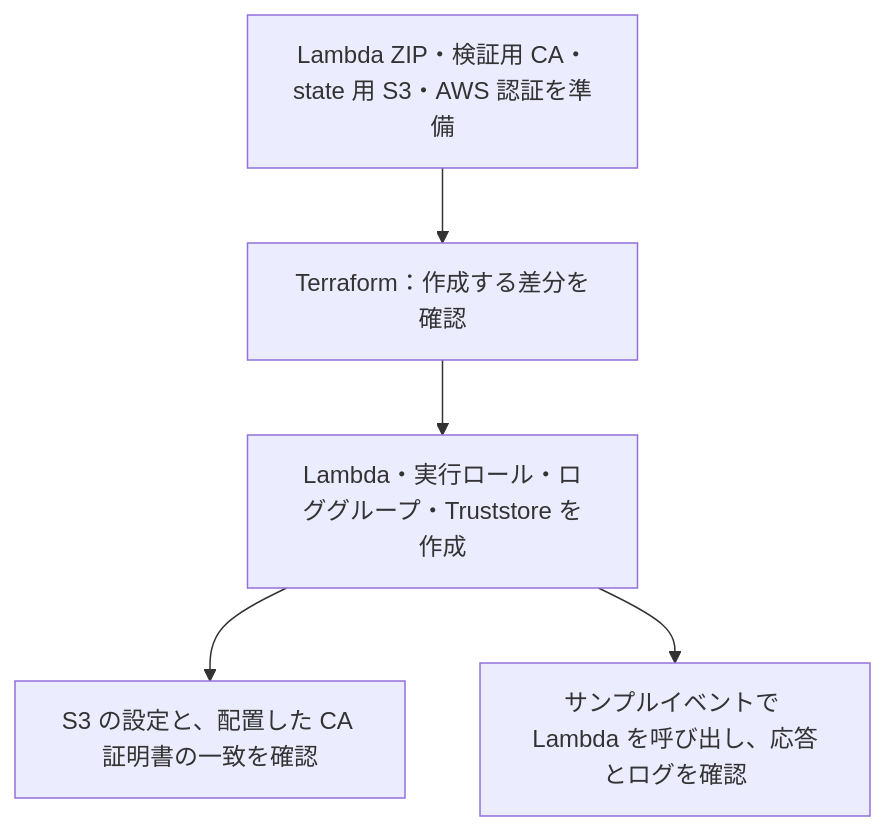
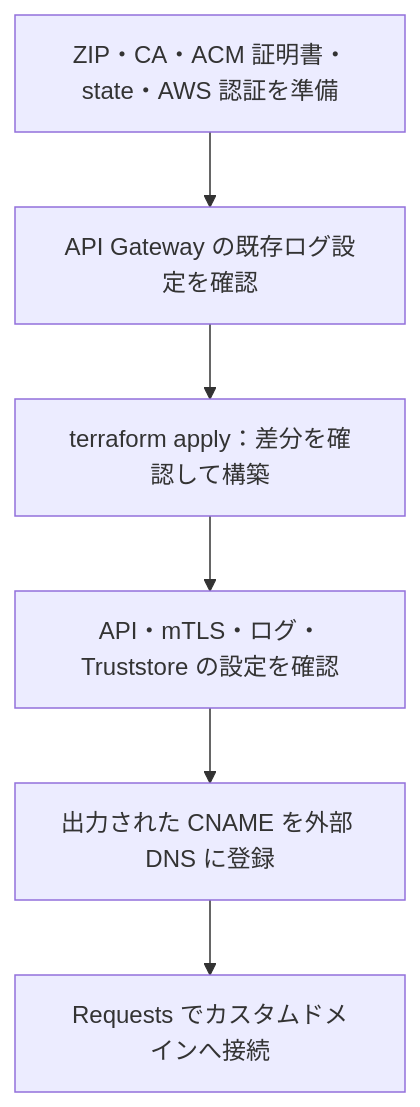
One commit to tayutaedomo/mlts-sandbox changed the diagram in aws-mtls/infra/api/README.md. Above: the diagram before and after it, drawn with Mermaid. The commit also changed other lines of this file and 11 other files, not shown here.

First line of the commit message:
feat: API Gateway による mTLS 接続とログ出力を追加

````diff
--- a/aws-mtls/infra/api/README.md
+++ b/aws-mtls/infra/api/README.md
@@ -17,7 +19,8 @@
 ```mermaid
 flowchart TD
-    A["Lambda ZIP・検証用 CA・state 用 S3・AWS 認証を準備"] --> B["Terraform：作成する差分を確認"]
-    B --> C["Lambda・実行ロール・ロググループ・Truststore を作成"]
-    C --> D["S3 の設定と、配置した CA 証明書の一致を確認"]
-    C --> E["サンプルイベントで Lambda を呼び出し、応答とログを確認"]
+    A["ZIP・CA・ACM 証明書・state・AWS 認証を準備"] --> B["API Gateway の既存ログ設定を確認"]
+    B --> C["terraform apply：差分を確認して構築"]
+    C --> D["API・mTLS・ログ・Truststore の設定を確認"]
+    D --> E["出力された CNAME を外部 DNS に登録"]
+    E --> F["Requests でカスタムドメインへ接続"]
 ```
````
